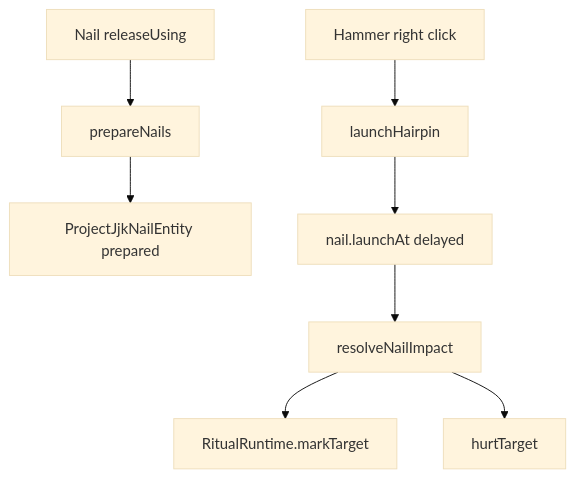
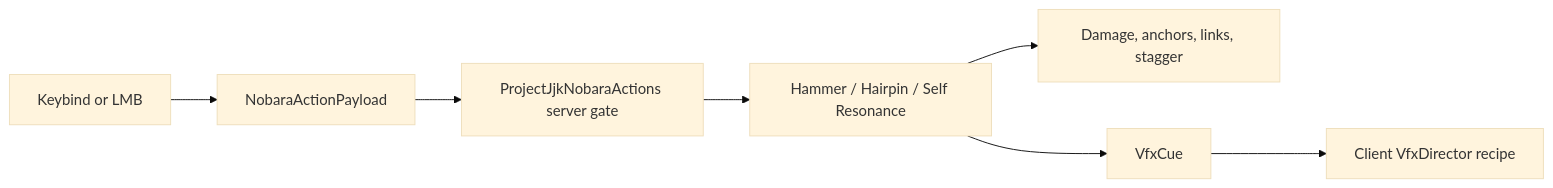
One commit to grebeshok105/jujutsu-minecraft changed the diagram in Jujutsu Kaizen/jujutsumod-codebase-codex/03-systems/Nobara-runtime-flow.md. Above: the diagram before and after it, drawn with Mermaid (base theme). The commit also changed other lines of this file and 12 other files, not shown here.

````diff
--- a/Jujutsu Kaizen/jujutsumod-codebase-codex/03-systems/Nobara-runtime-flow.md
+++ b/Jujutsu Kaizen/jujutsumod-codebase-codex/03-systems/Nobara-runtime-flow.md
@@ -59,10 +11,9 @@
 ```mermaid
-flowchart TD
-  hold[Nail releaseUsing] --> prep[prepareNails]
-  prep --> entities[ProjectJjkNailEntity prepared]
-  hammer[Hammer right click] --> launch[launchHairpin]
-  launch --> fly[nail.launchAt delayed]
-  fly --> hit[resolveNailImpact]
-  hit --> mark[RitualRuntime.markTarget]
-  hit --> dmg[hurtTarget]
+flowchart LR
+  C[Keybind or LMB] --> P[NobaraActionPayload]
+  P --> S[ProjectJjkNobaraActions server gate]
+  S --> H[Hammer / Hairpin / Self Resonance]
+  H --> G[Damage, anchors, links, stagger]
+  H --> V[VfxCue]
+  V --> D[Client VfxDirector recipe]
 ```
````
